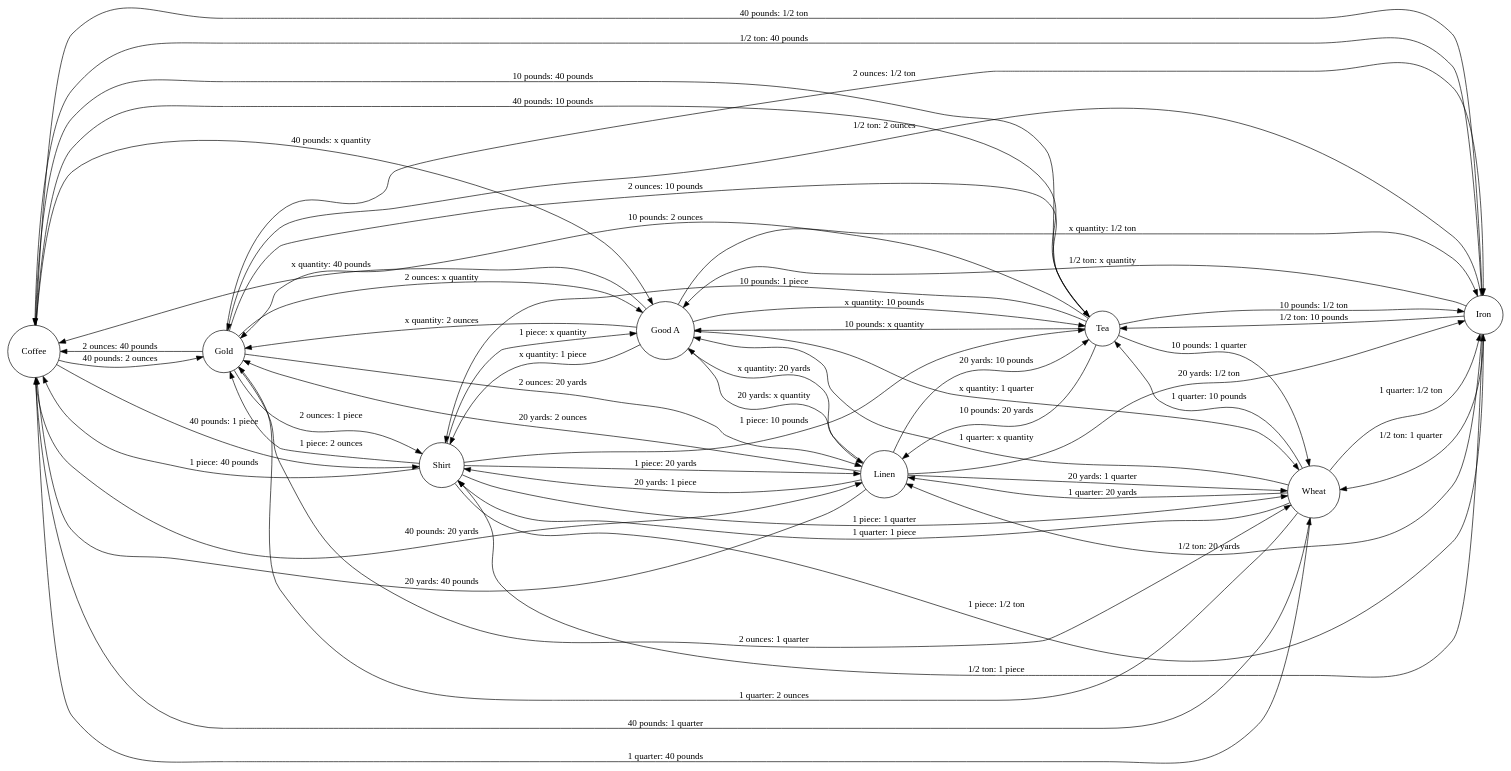
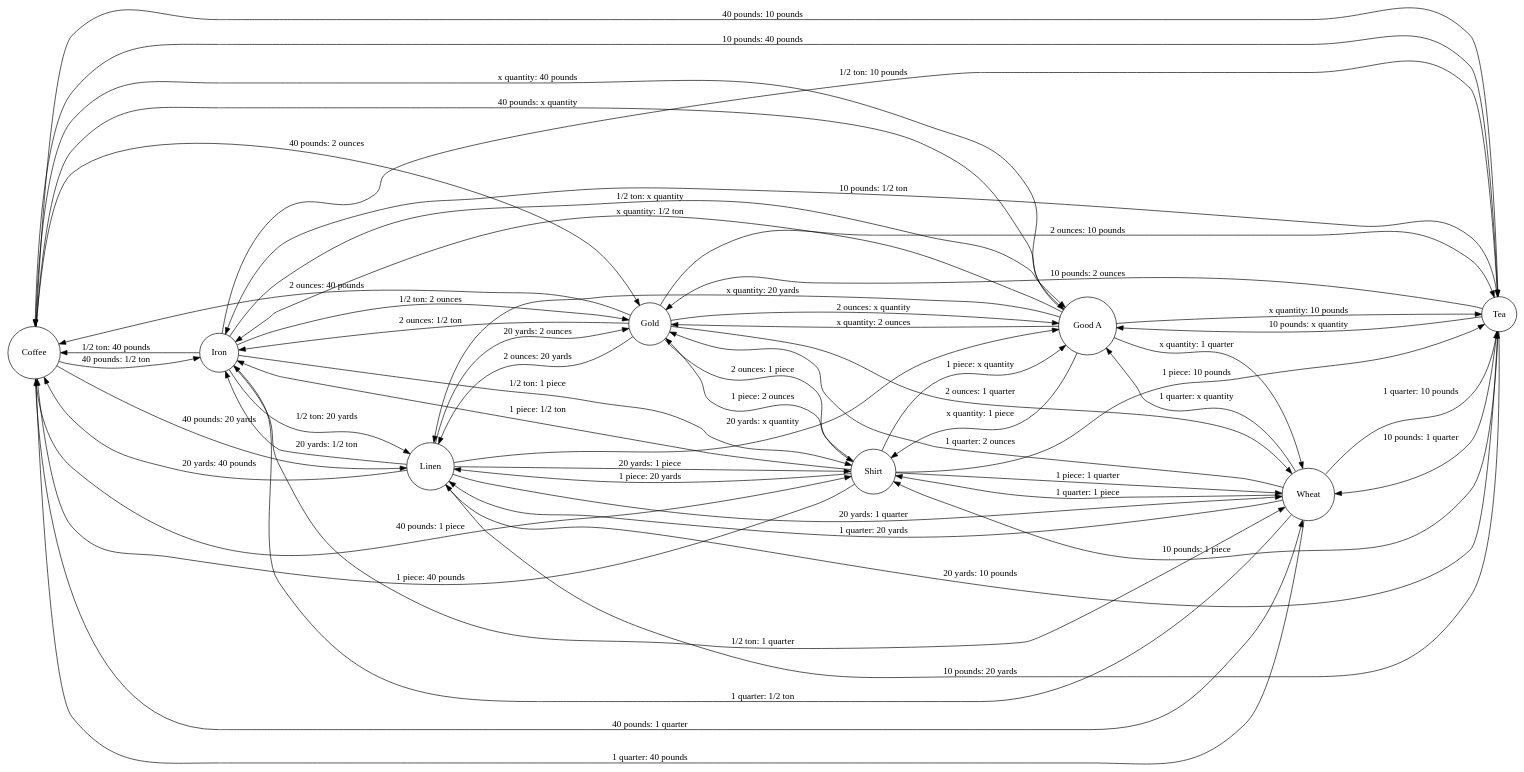
Before and after one commit to Wangsutan/Kapital: the diagram in 资本的生产过程/价值形式理论/价值形式/datas_graphs_generated/general_complete.dot, drawn with Graphviz. The commit also changed other lines of this file and 567 other files, not shown here.

```diff
--- a/资本的生产过程/价值形式理论/价值形式/datas_graphs_generated/general_complete.dot
+++ b/资本的生产过程/价值形式理论/价值形式/datas_graphs_generated/general_complete.dot
@@ -1,60 +1,60 @@
 digraph 价值形式理论 {
     rankdir=LR;
     node [shape=circle];
-    "Coffee" -> "Gold" [label="40 pounds: 2 ounces"];
     "Coffee" -> "Iron" [label="40 pounds: 1/2 ton"];
+    "Coffee" -> "Tea" [label="40 pounds: 10 pounds"];
     "Coffee" -> "Wheat" [label="40 pounds: 1 quarter"];
-    "Coffee" -> "Tea" [label="40 pounds: 10 pounds"];
-    "Coffee" -> "Linen" [label="40 pounds: 20 yards"];
     "Coffee" -> "Good A" [label="40 pounds: x quantity"];
     "Coffee" -> "Shirt" [label="40 pounds: 1 piece"];
+    "Coffee" -> "Gold" [label="40 pounds: 2 ounces"];
+    "Coffee" -> "Linen" [label="40 pounds: 20 yards"];
     "Gold" -> "Iron" [label="2 ounces: 1/2 ton"];
+    "Gold" -> "Tea" [label="2 ounces: 10 pounds"];
     "Gold" -> "Wheat" [label="2 ounces: 1 quarter"];
-    "Gold" -> "Tea" [label="2 ounces: 10 pounds"];
-    "Gold" -> "Linen" [label="2 ounces: 20 yards"];
     "Gold" -> "Good A" [label="2 ounces: x quantity"];
     "Gold" -> "Shirt" [label="2 ounces: 1 piece"];
     "Gold" -> "Coffee" [label="2 ounces: 40 pounds"];
+    "Gold" -> "Linen" [label="2 ounces: 20 yards"];
+    "Good A" -> "Iron" [label="x quantity: 1/2 ton"];
+    "Good A" -> "Tea" [label="x quantity: 10 pounds"];
+    "Good A" -> "Wheat" [label="x quantity: 1 quarter"];
+    "Good A" -> "Shirt" [label="x quantity: 1 piece"];
     "Good A" -> "Gold" [label="x quantity: 2 ounces"];
-    "Good A" -> "Iron" [label="x quantity: 1/2 ton"];
-    "Good A" -> "Wheat" [label="x quantity: 1 quarter"];
-    "Good A" -> "Tea" [label="x quantity: 10 pounds"];
+    "Good A" -> "Coffee" [label="x quantity: 40 pounds"];
     "Good A" -> "Linen" [label="x quantity: 20 yards"];
-    "Good A" -> "Shirt" [label="x quantity: 1 piece"];
-    "Good A" -> "Coffee" [label="x quantity: 40 pounds"];
-    "Iron" -> "Gold" [label="1/2 ton: 2 ounces"];
+    "Iron" -> "Tea" [label="1/2 ton: 10 pounds"];
     "Iron" -> "Wheat" [label="1/2 ton: 1 quarter"];
-    "Iron" -> "Tea" [label="1/2 ton: 10 pounds"];
-    "Iron" -> "Linen" [label="1/2 ton: 20 yards"];
     "Iron" -> "Good A" [label="1/2 ton: x quantity"];
     "Iron" -> "Shirt" [label="1/2 ton: 1 piece"];
+    "Iron" -> "Gold" [label="1/2 ton: 2 ounces"];
     "Iron" -> "Coffee" [label="1/2 ton: 40 pounds"];
-    "Linen" -> "Gold" [label="20 yards: 2 ounces"];
+    "Iron" -> "Linen" [label="1/2 ton: 20 yards"];
     "Linen" -> "Iron" [label="20 yards: 1/2 ton"];
+    "Linen" -> "Tea" [label="20 yards: 10 pounds"];
     "Linen" -> "Wheat" [label="20 yards: 1 quarter"];
-    "Linen" -> "Tea" [label="20 yards: 10 pounds"];
     "Linen" -> "Good A" [label="20 yards: x quantity"];
     "Linen" -> "Shirt" [label="20 yards: 1 piece"];
+    "Linen" -> "Gold" [label="20 yards: 2 ounces"];
     "Linen" -> "Coffee" [label="20 yards: 40 pounds"];
+    "Shirt" -> "Iron" [label="1 piece: 1/2 ton"];
+    "Shirt" -> "Tea" [label="1 piece: 10 pounds"];
+    "Shirt" -> "Wheat" [label="1 piece: 1 quarter"];
+    "Shirt" -> "Good A" [label="1 piece: x quantity"];
     "Shirt" -> "Gold" [label="1 piece: 2 ounces"];
-    "Shirt" -> "Iron" [label="1 piece: 1/2 ton"];
-    "Shirt" -> "Wheat" [label="1 piece: 1 quarter"];
-    "Shirt" -> "Tea" [label="1 piece: 10 pounds"];
+    "Shirt" -> "Coffee" [label="1 piece: 40 pounds"];
     "Shirt" -> "Linen" [label="1 piece: 20 yards"];
-    "Shirt" -> "Good A" [label="1 piece: x quantity"];
-    "Shirt" -> "Coffee" [label="1 piece: 40 pounds"];
-    "Tea" -> "Gold" [label="10 pounds: 2 ounces"];
     "Tea" -> "Iron" [label="10 pounds: 1/2 ton"];
     "Tea" -> "Wheat" [label="10 pounds: 1 quarter"];
-    "Tea" -> "Linen" [label="10 pounds: 20 yards"];
     "Tea" -> "Good A" [label="10 pounds: x quantity"];
     "Tea" -> "Shirt" [label="10 pounds: 1 piece"];
+    "Tea" -> "Gold" [label="10 pounds: 2 ounces"];
     "Tea" -> "Coffee" [label="10 pounds: 40 pounds"];
-    "Wheat" -> "Gold" [label="1 quarter: 2 ounces"];
+    "Tea" -> "Linen" [label="10 pounds: 20 yards"];
     "Wheat" -> "Iron" [label="1 quarter: 1/2 ton"];
     "Wheat" -> "Tea" [label="1 quarter: 10 pounds"];
-    "Wheat" -> "Linen" [label="1 quarter: 20 yards"];
     "Wheat" -> "Good A" [label="1 quarter: x quantity"];
     "Wheat" -> "Shirt" [label="1 quarter: 1 piece"];
+    "Wheat" -> "Gold" [label="1 quarter: 2 ounces"];
     "Wheat" -> "Coffee" [label="1 quarter: 40 pounds"];
+    "Wheat" -> "Linen" [label="1 quarter: 20 yards"];
 }
```
